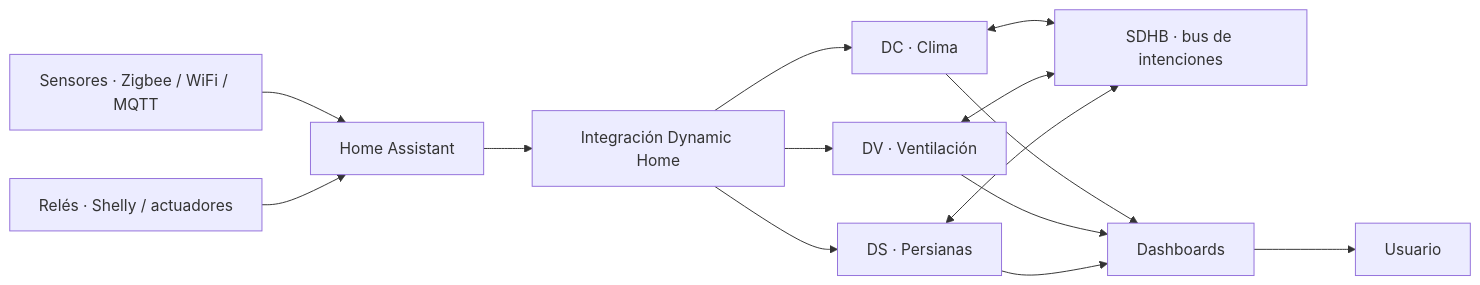
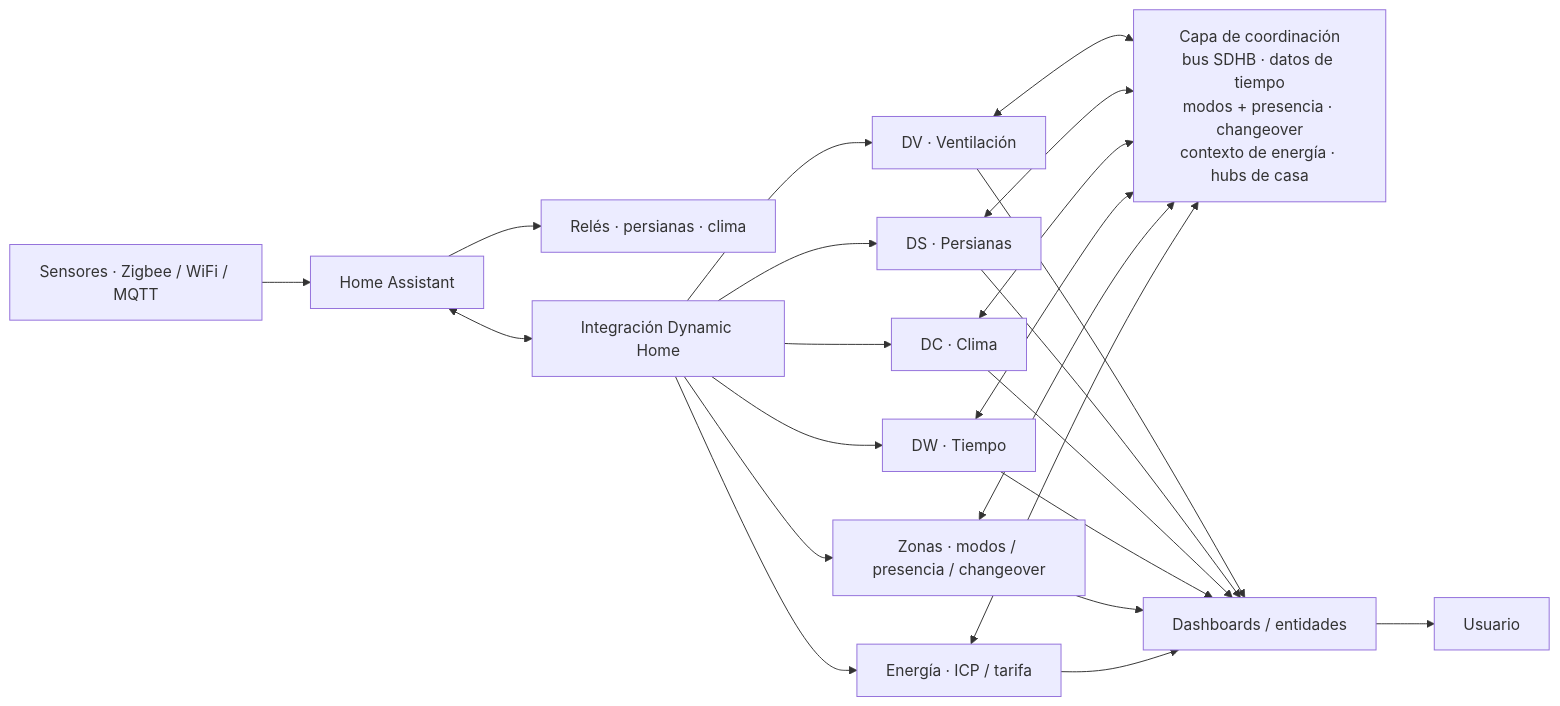
The diagram in README.es.md (woody-box/Dynamic-Home), drawn with Mermaid before and after one commit. The commit also changed other lines of this file and 2 other files, not shown here.

Commit message:
docs: diagrama de arquitectura actualizado + fix de test flaky de presencia (#139)
* docs: actualizar el diagrama de arquitectura del README (6 módulos + coordinación)

El diagrama estaba desfasado (solo DC/DV/DS + bus). Ahora refleja los 6 módulos
(añade DW/Tiempo, Zonas y Energía) y la capa de coordinación real (bus SDHB,
datos de tiempo, modos+presencia, changeover, contexto de energía, hubs de casa),
y corrige que los relés son salida de HA, no entrada. Actualizado es/en.

Claude-Session: https://claude.ai/code/session_01HjFYRJN939VaxK75qjLgoW

* test: hacer determinista test_presence_auto_respects_manual_home (flaky nocturno)

Desactiva la ventana de sueño en el test (como el resto de tests de presencia)
para que no dependa de la hora del reloj — fallaba en CI entre 23:00 y 07:00 UTC
porque la ocupación se resolvía como "sleep" en vez de "home".

Claude-Session: https://claude.ai/code/session_01HjFYRJN939VaxK75qjLgoW

---------

````diff
--- a/README.es.md
+++ b/README.es.md
@@ -121,16 +121,30 @@
 ```mermaid
 flowchart LR
-    A[Sensores · Zigbee / WiFi / MQTT] --> B[Home Assistant]
-    C[Relés · Shelly / actuadores] --> B
-    B --> D[Integración Dynamic Home]
-    D --> DC[DC · Clima]
-    D --> DV[DV · Ventilación]
-    D --> DS[DS · Persianas]
-    DC <--> SDHB[SDHB · bus de intenciones]
-    DV <--> SDHB
-    DS <--> SDHB
-    DC --> HMI[Dashboards]
-    DV --> HMI
+    S[Sensores · Zigbee / WiFi / MQTT] --> HA[Home Assistant]
+    HA --> R[Relés · persianas · clima]
+    HA <--> INT[Integración Dynamic Home]
+
+    CO[Capa de coordinación<br/>bus SDHB · datos de tiempo<br/>modos + presencia · changeover<br/>contexto de energía · hubs de casa]
+
+    INT --> DV[DV · Ventilación]
+    INT --> DS[DS · Persianas]
+    INT --> DC[DC · Clima]
+    INT --> DW[DW · Tiempo]
+    INT --> ZN[Zonas · modos / presencia / changeover]
+    INT --> EN[Energía · ICP / tarifa]
+
+    DV <--> CO
+    DS <--> CO
+    DC <--> CO
+    DW <--> CO
+    ZN <--> CO
+    EN <--> CO
+
+    DV --> HMI[Dashboards / entidades]
     DS --> HMI
+    DC --> HMI
+    DW --> HMI
+    ZN --> HMI
+    EN --> HMI
     HMI --> U[Usuario]
 ```
````
